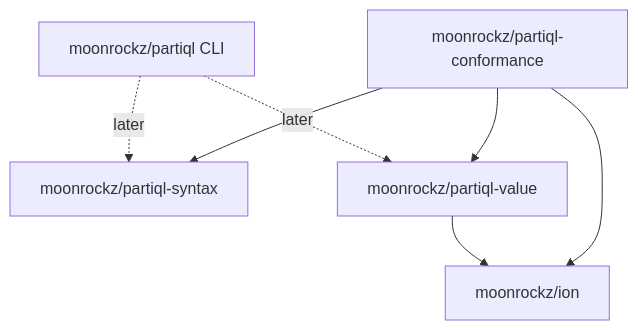
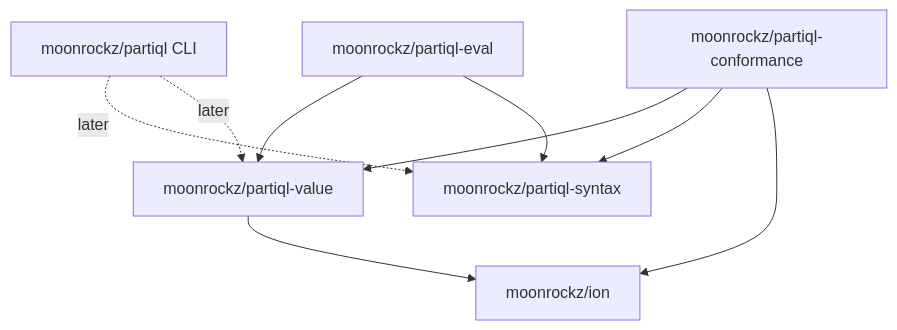
Before and after one commit to moonrockz/partiql: the diagram in docs/architecture.md, drawn with Mermaid. The commit also changed other lines of this file and 52 other files, not shown here.

Commit message:
feat(eval): the partiql-eval module and expression evaluation (M4a) (#23)

````diff
--- a/docs/architecture.md
+++ b/docs/architecture.md
@@ -36,9 +36,11 @@
 ```mermaid
 graph TD
   partiql[moonrockz/partiql CLI] -.later.-> syntax[moonrockz/partiql-syntax]
   partiql -.later.-> value[moonrockz/partiql-value]
   value --> ion[moonrockz/ion]
   conformance[moonrockz/partiql-conformance] --> value
   conformance --> syntax
   conformance --> ion
+  eval[moonrockz/partiql-eval] --> value
+  eval --> syntax
 ```
````
